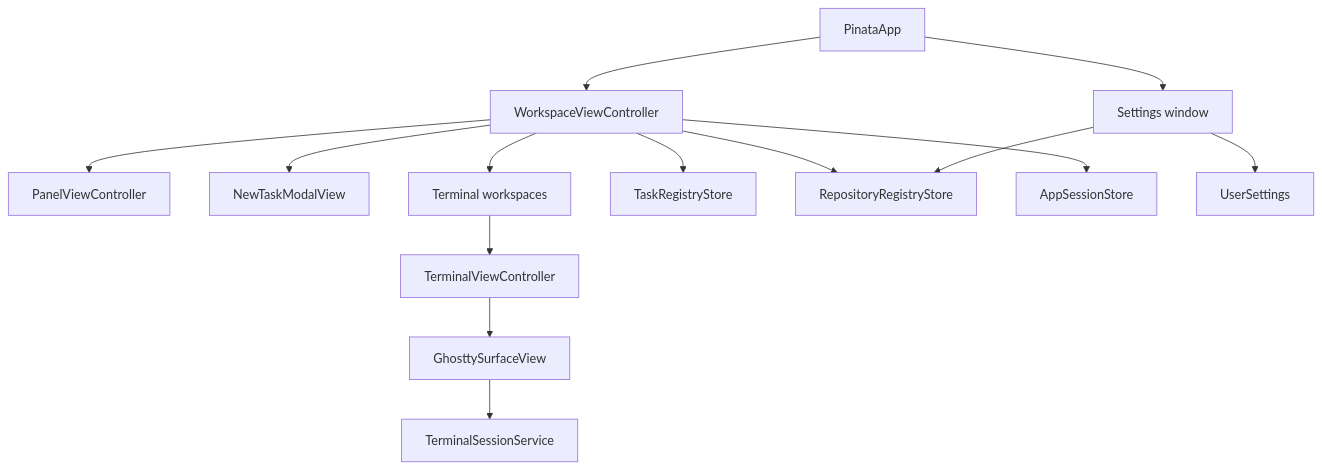
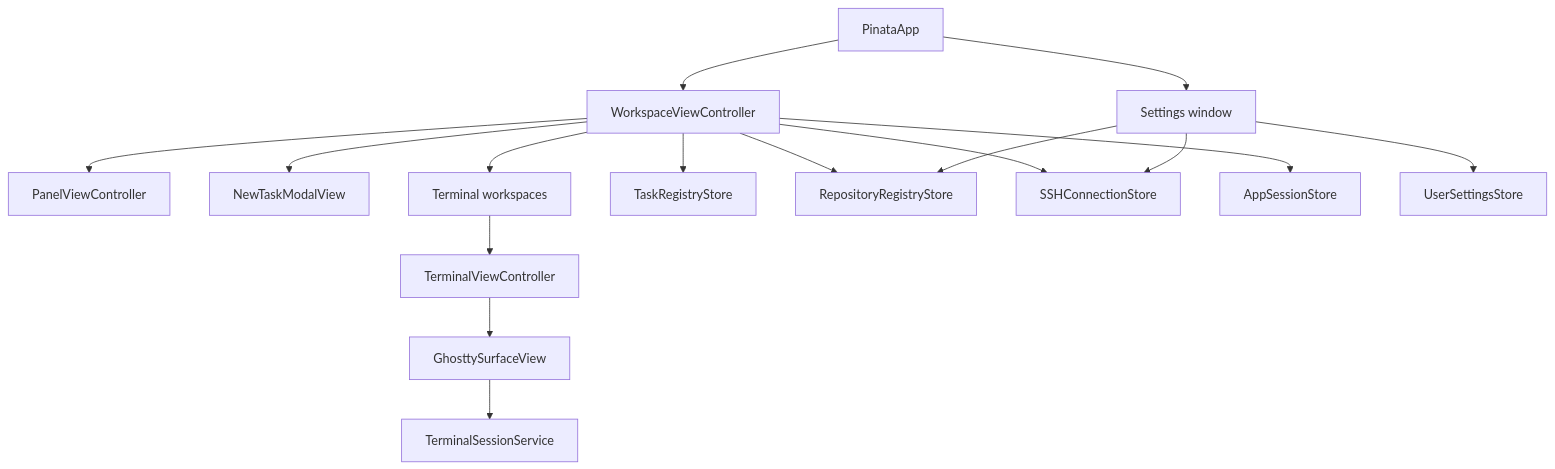
One commit to gh0stonio/pinata changed the first of 5 diagrams in docs/application-architecture.md. Above: the diagram before and after it, drawn with Mermaid. The commit also changed other lines of this file and 3 other files, not shown here.

````diff
--- a/docs/application-architecture.md
+++ b/docs/application-architecture.md
@@ -7,16 +7,18 @@
 ```mermaid
 flowchart TB
     App[PinataApp] --> Workspace[WorkspaceViewController]
     App --> Settings[Settings window]
     Workspace --> Panel[PanelViewController]
     Workspace --> TaskModal[NewTaskModalView]
     Workspace --> Terminals[Terminal workspaces]
     Workspace --> TaskStore[TaskRegistryStore]
     Workspace --> RepositoryStore[RepositoryRegistryStore]
+    Workspace --> ConnectionStore[SSHConnectionStore]
     Workspace --> SessionStore[AppSessionStore]
     Terminals --> TerminalVC[TerminalViewController]
     TerminalVC --> Ghostty[GhosttySurfaceView]
     Ghostty --> Service[TerminalSessionService]
-    Settings --> Theme[UserSettings]
+    Settings --> Theme[UserSettingsStore]
     Settings --> RepositoryStore
+    Settings --> ConnectionStore
 ```
````
